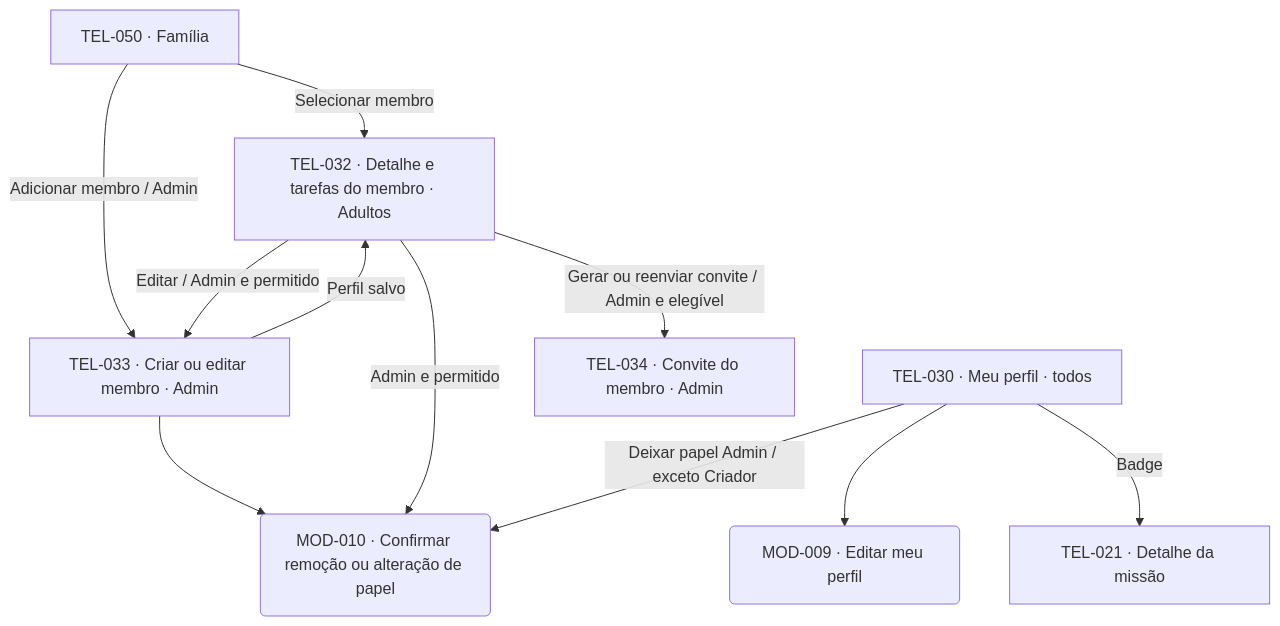
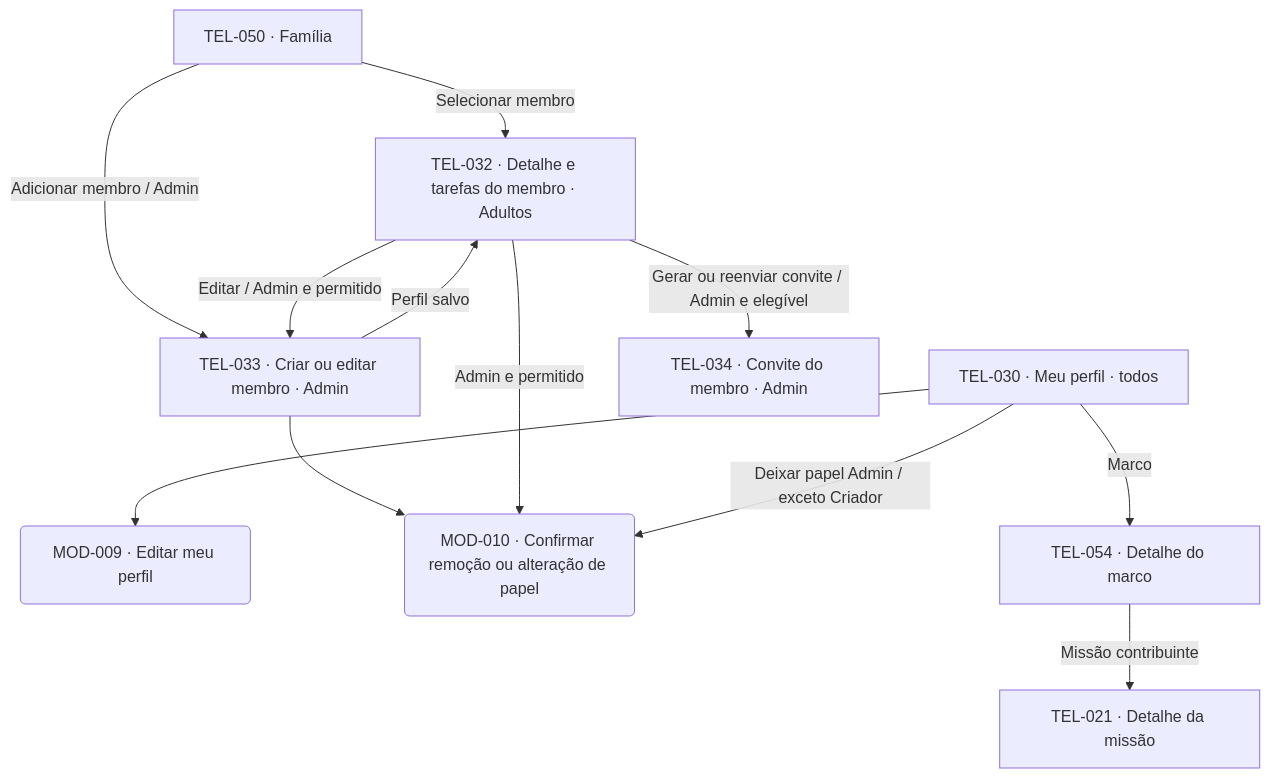
Before and after one commit to lizandramalta/App-Rotina-Familiar: the fourth of 6 diagrams in docs/design/screen-map.md, drawn with Mermaid. The commit also changed other lines of this file and 25 other files, not shown here.

````diff
--- a/docs/design/screen-map.md
+++ b/docs/design/screen-map.md
@@ -146,20 +153,21 @@
 ```mermaid
 flowchart TD
     T050["TEL-050 · Família"]
     T030["TEL-030 · Meu perfil · todos"]
     T032["TEL-032 · Detalhe e tarefas do membro · Adultos"]
     T033["TEL-033 · Criar ou editar membro · Admin"]
     T034["TEL-034 · Convite do membro · Admin"]
     M009("MOD-009 · Editar meu perfil")
     M010("MOD-010 · Confirmar remoção ou alteração de papel")
     T030 --> M009
-    T030 -->|Badge| T021["TEL-021 · Detalhe da missão"]
+    T030 -->|Marco| T054["TEL-054 · Detalhe do marco"]
+    T054 -->|Missão contribuinte| T021["TEL-021 · Detalhe da missão"]
     T050 -->|Selecionar membro| T032
     T050 -->|Adicionar membro / Admin| T033
     T033 -->|Perfil salvo| T032
     T032 -->|Editar / Admin e permitido| T033
     T033 --> M010
     T032 -->|Gerar ou reenviar convite / Admin e elegível| T034
     T032 -->|Admin e permitido| M010
     T030 -->|Deixar papel Admin / exceto Criador| M010
 ```
````
